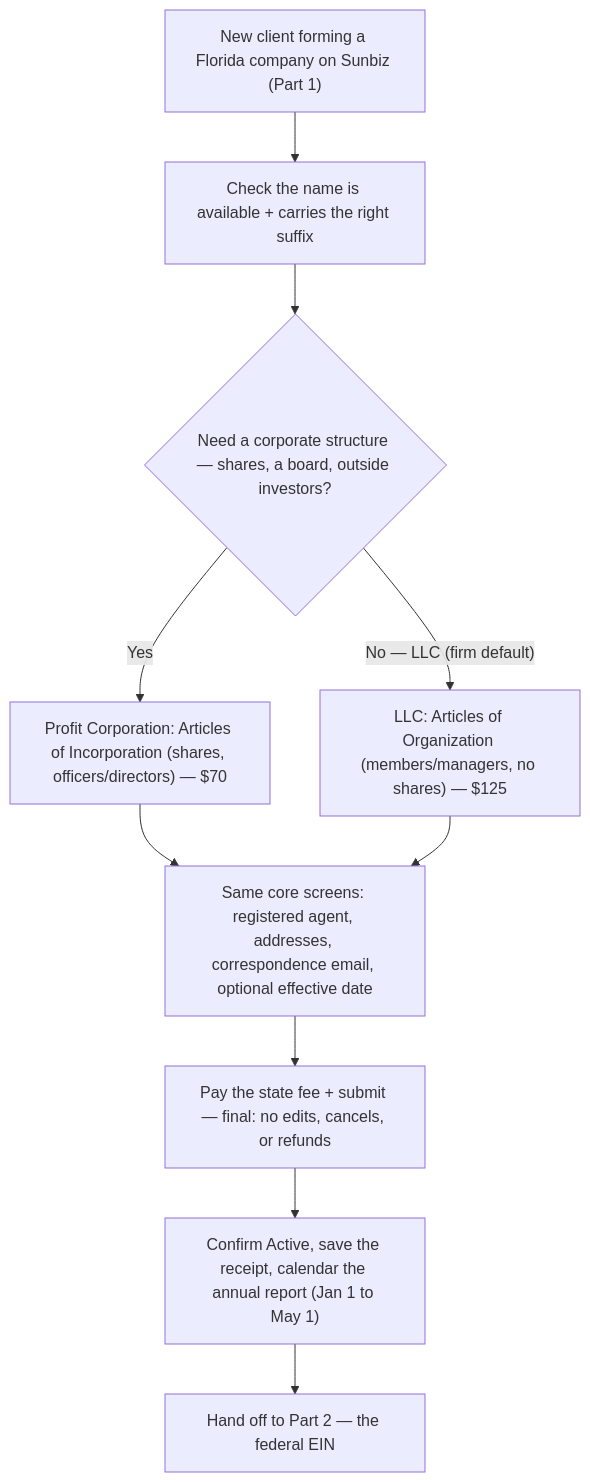
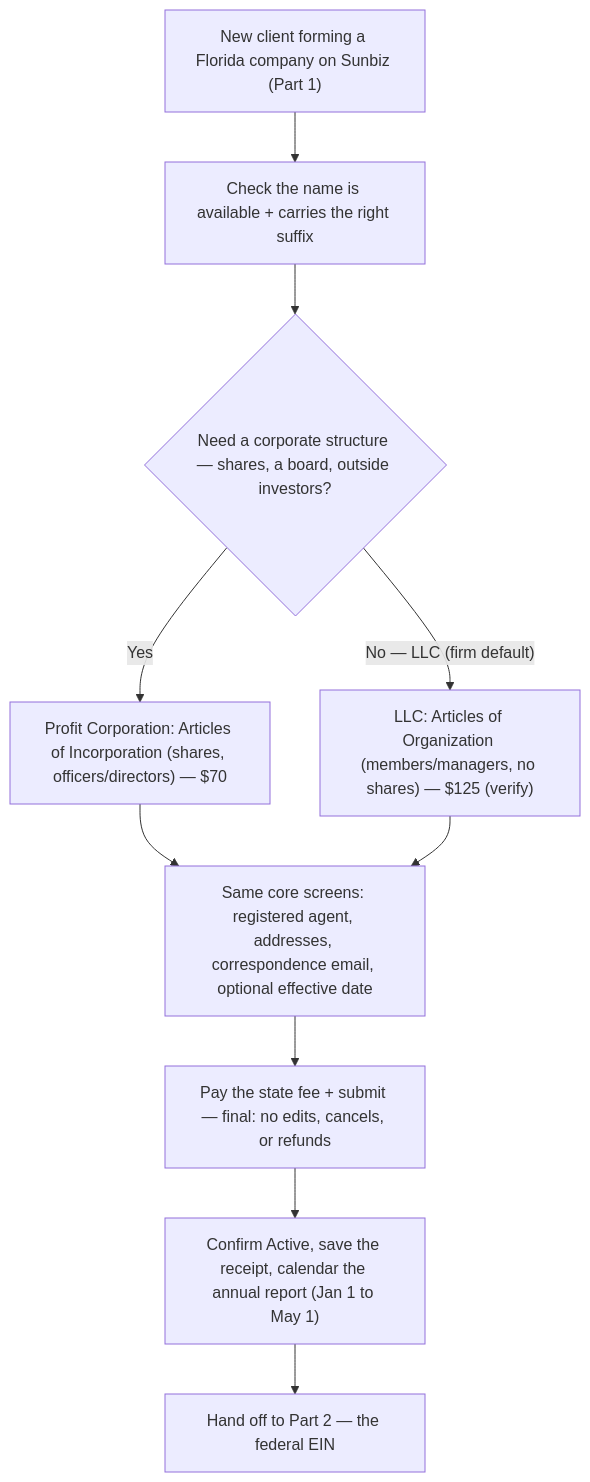
Before and after one commit to JuliaJKAcct/JKAccountingGroup: the diagram in projects/sops/florida-company-formation-sunbiz.md, drawn with Mermaid. The commit also changed 2 other files, not shown here.

Commit message:
Hub: hedge the LLC fees in the Formation diagram + sharpen the EIN Mermaid branch label
Addresses the independent review's non-blocking nits:
- The Formation SOP flags the LLC path's fees as "verify at filing" (the LLC
  path is a screen-unverified stub), so state them with the same caution in the
  at-a-glance: add "(verify at filing)" to the LLC fees in the diagram + the .md
  Mermaid. Corp fees ($70/$150) are fully verified, so they stay as fact.
- EIN .md Mermaid: the "No" branch gate is precisely "neither SSN nor ITIN"
  (not just "foreign owner") — match the build config's wording.

Claude-Session: https://claude.ai/code/session_012vSJUSMmbjTUG2whXeodk4

````diff
--- a/projects/sops/florida-company-formation-sunbiz.md
+++ b/projects/sops/florida-company-formation-sunbiz.md
@@ -40,12 +40,12 @@
 ```mermaid
 flowchart TD
   A["New client forming a Florida company on Sunbiz (Part 1)"] --> B["Check the name is available + carries the right suffix"]
   B --> C{"Need a corporate structure — shares, a board, outside investors?"}
   C -- "Yes" --> D["Profit Corporation: Articles of Incorporation (shares, officers/directors) — $70"]
-  C -- "No — LLC (firm default)" --> E["LLC: Articles of Organization (members/managers, no shares) — $125"]
+  C -- "No — LLC (firm default)" --> E["LLC: Articles of Organization (members/managers, no shares) — $125 (verify)"]
   D --> F["Same core screens: registered agent, addresses, correspondence email, optional effective date"]
   E --> F
   F --> G["Pay the state fee + submit — final: no edits, cancels, or refunds"]
   G --> H["Confirm Active, save the receipt, calendar the annual report (Jan 1 to May 1)"]
   H --> I["Hand off to Part 2 — the federal EIN"]
 ```
````
